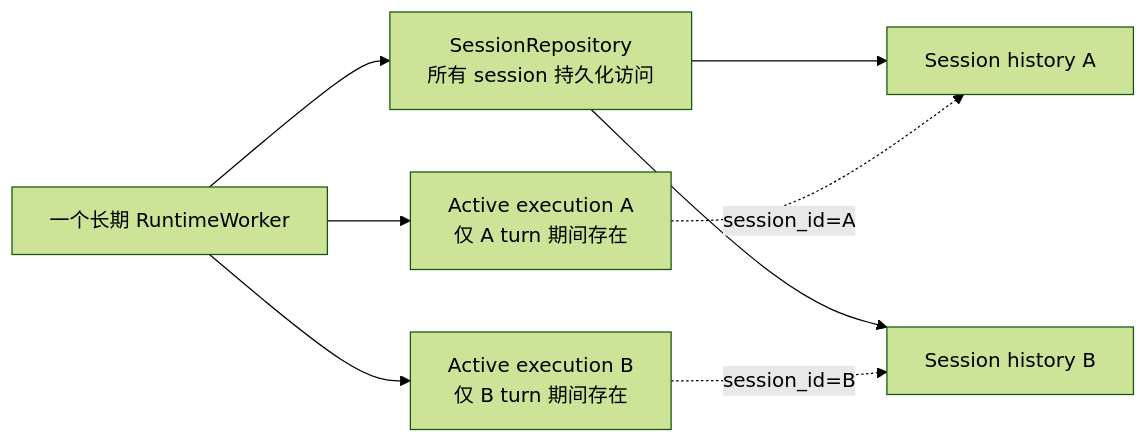
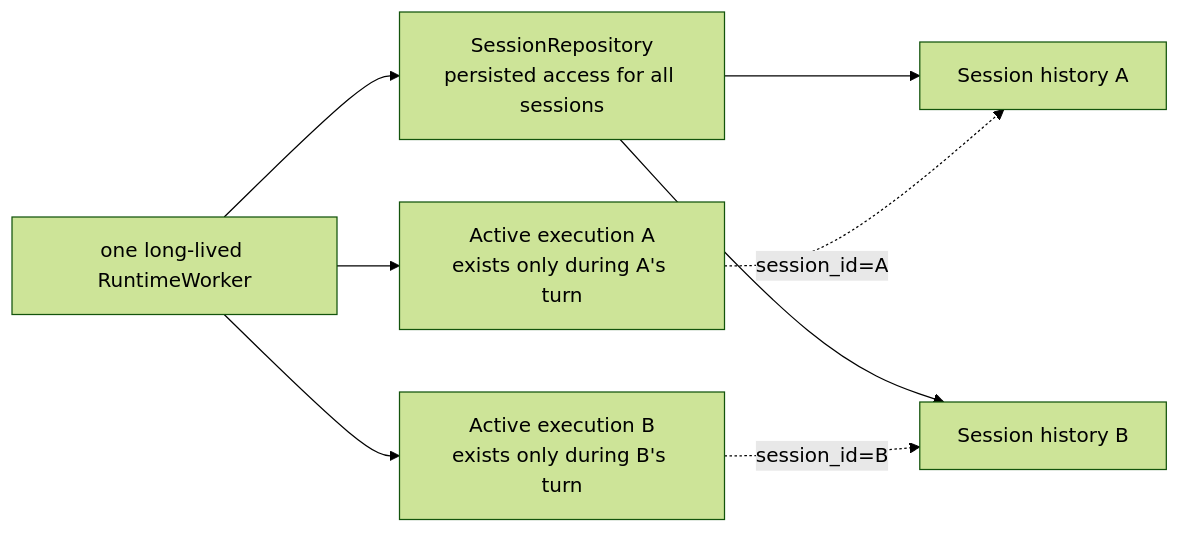
The seventh of 8 diagrams in docs/cli-turn-flow.md (Azzurroooo/rind), drawn with Mermaid (forest theme) before and after one commit. The commit also changed other lines of this file and 104 other files, not shown here.

````diff
--- a/docs/cli-turn-flow.md
+++ b/docs/cli-turn-flow.md
@@ -302,16 +302,16 @@
 ```mermaid
 flowchart LR
-    W[一个长期 RuntimeWorker]
-    R[SessionRepository\n所有 session 持久化访问]
-    E1[Active execution A\n仅 A turn 期间存在]
-    E2[Active execution B\n仅 B turn 期间存在]
+    W[one long-lived RuntimeWorker]
+    R[SessionRepository\npersisted access for all sessions]
+    E1[Active execution A\nexists only during A's turn]
+    E2[Active execution B\nexists only during B's turn]
     H1[Session history A]
     H2[Session history B]
     W --> R
     W --> E1
     W --> E2
     R --> H1
     R --> H2
     E1 -. session_id=A .-> H1
     E2 -. session_id=B .-> H2
 ```
````
